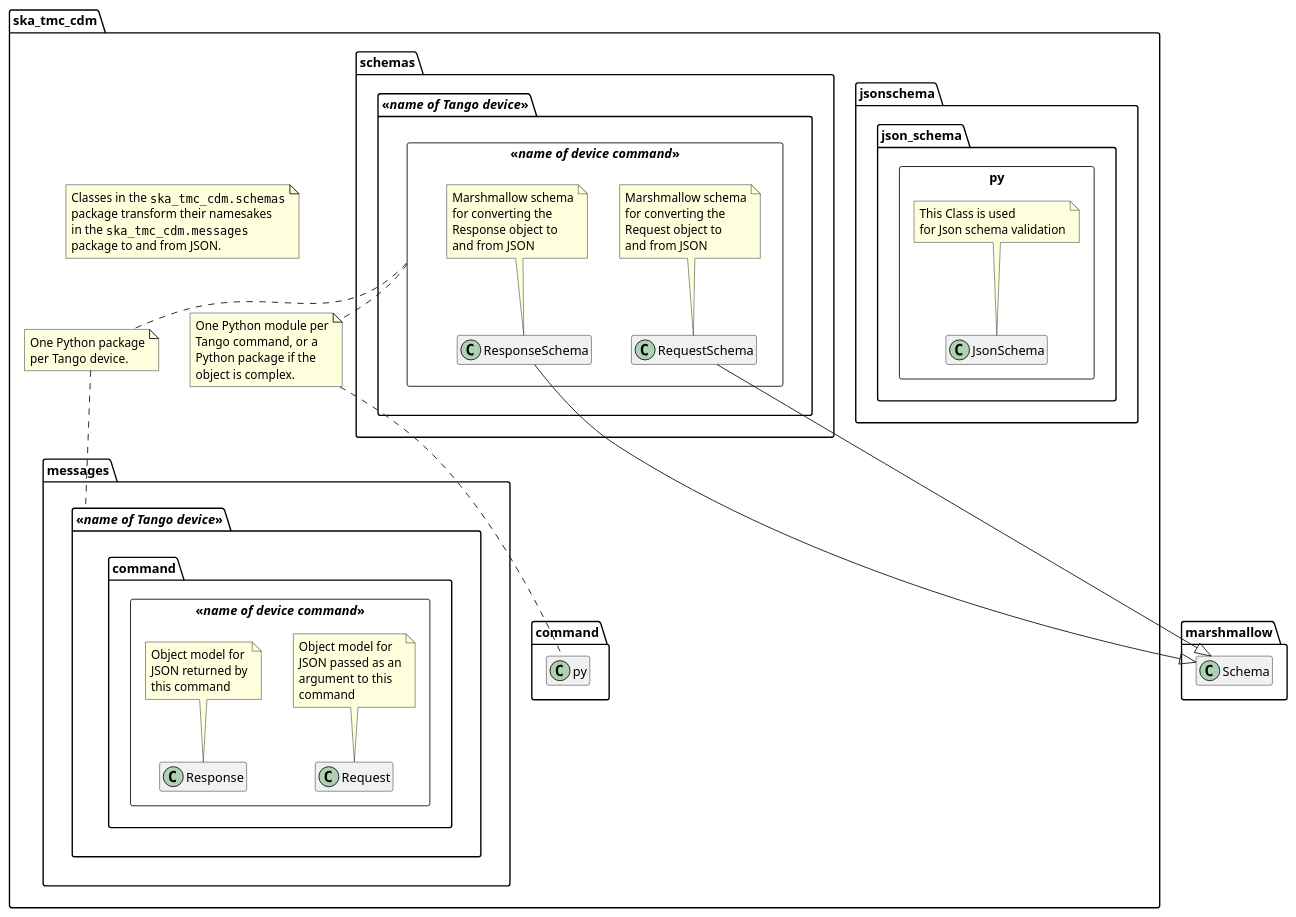
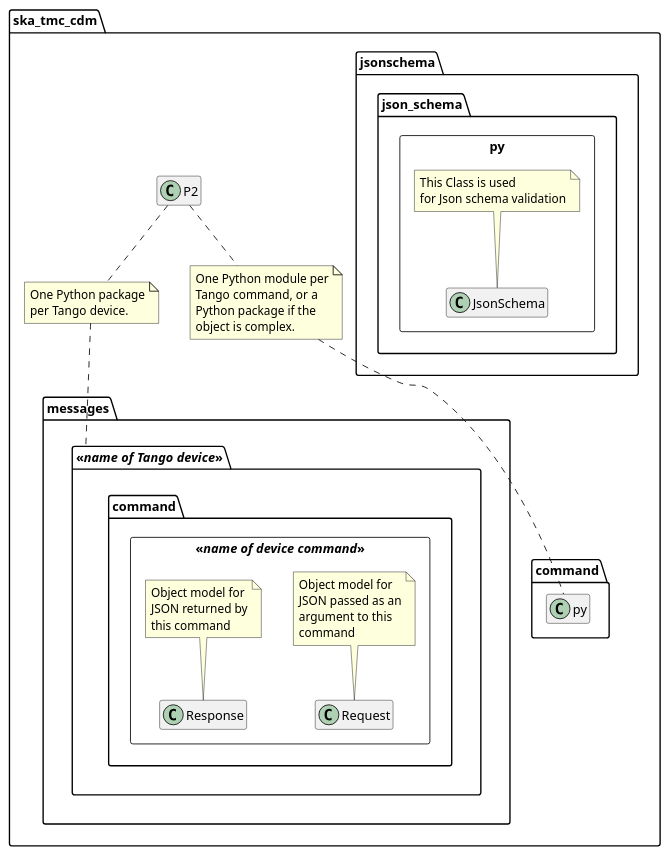
The diagram in docs/src/developer/layout.puml (ska-telescope/cdm-shared-library), drawn with PlantUML before and after one commit. The commit also changed 3 other files, not shown here.

```diff
--- a/docs/src/developer/layout.puml
+++ b/docs/src/developer/layout.puml
@@ -1,92 +1,57 @@
 @startuml
 hide empty members
 
-package marshmallow {
-	class Schema
-}
 
 package ska_tmc_cdm {
 	package messages {
 		package "<<//name of Tango device//>>" as device {
 			package "<<//name of device command//>>" as command.py <<Rectangle>> {
 				class Request
 				note top of Request
 					Object model for
 					JSON passed as an
 					argument to this
 					command
 				end note
 
 				class Response
 				note top of Response
 					Object model for
 					JSON returned by
 					this command
 				end note
 			}
 		}
 	}
   package jsonschema {
         package json_schema.py <<Rectangle>> {
             class JsonSchema {
 
                 }
             note top of JsonSchema
                This Class is used
                for Json schema validation
             end note
         }
     }
-	package schemas {
-		package "<<//name of Tango device//>>" as P1 {
-			package "<<//name of device command//>>" as P2 <<Rectangle>> {
-				class RequestSchema
-				note top of RequestSchema
-					Marshmallow schema
-					for converting the
-					Request object to
-					and from JSON
-				end note
-
-				class ResponseSchema
-				note top of ResponseSchema
-					Marshmallow schema
-					for converting the
-					Response object to
-					and from JSON
-				end note
-			}
-		}
-	}
-	note as N2
-		Classes in the ""ska_tmc_cdm.schemas""
-		package transform their namesakes
-		in the ""ska_tmc_cdm.messages""
-		package to and from JSON.
-	end note
-
 	note as N1
 		One Python package
 		per Tango device.
 	end note
 	P2 .. N1
 	N1 .. device
 
-	note as N3
+	note as N2
 		One Python module per
 		Tango command, or a
 		Python package if the
 		object is complex.
 	end note
-	P2 .. N3
-	N3 .. command.py
+	P2 .. N2
+	N2 .. command.py
 
 
 
 }
 
-
-ResponseSchema --|> Schema
-RequestSchema --|> Schema
-
 @enduml
```
